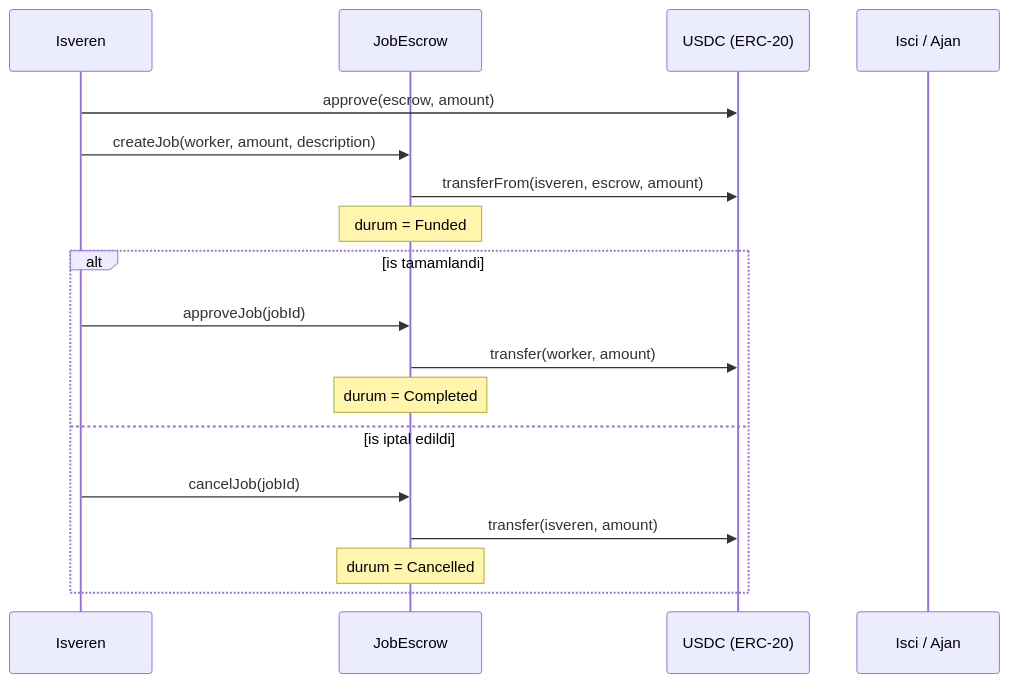
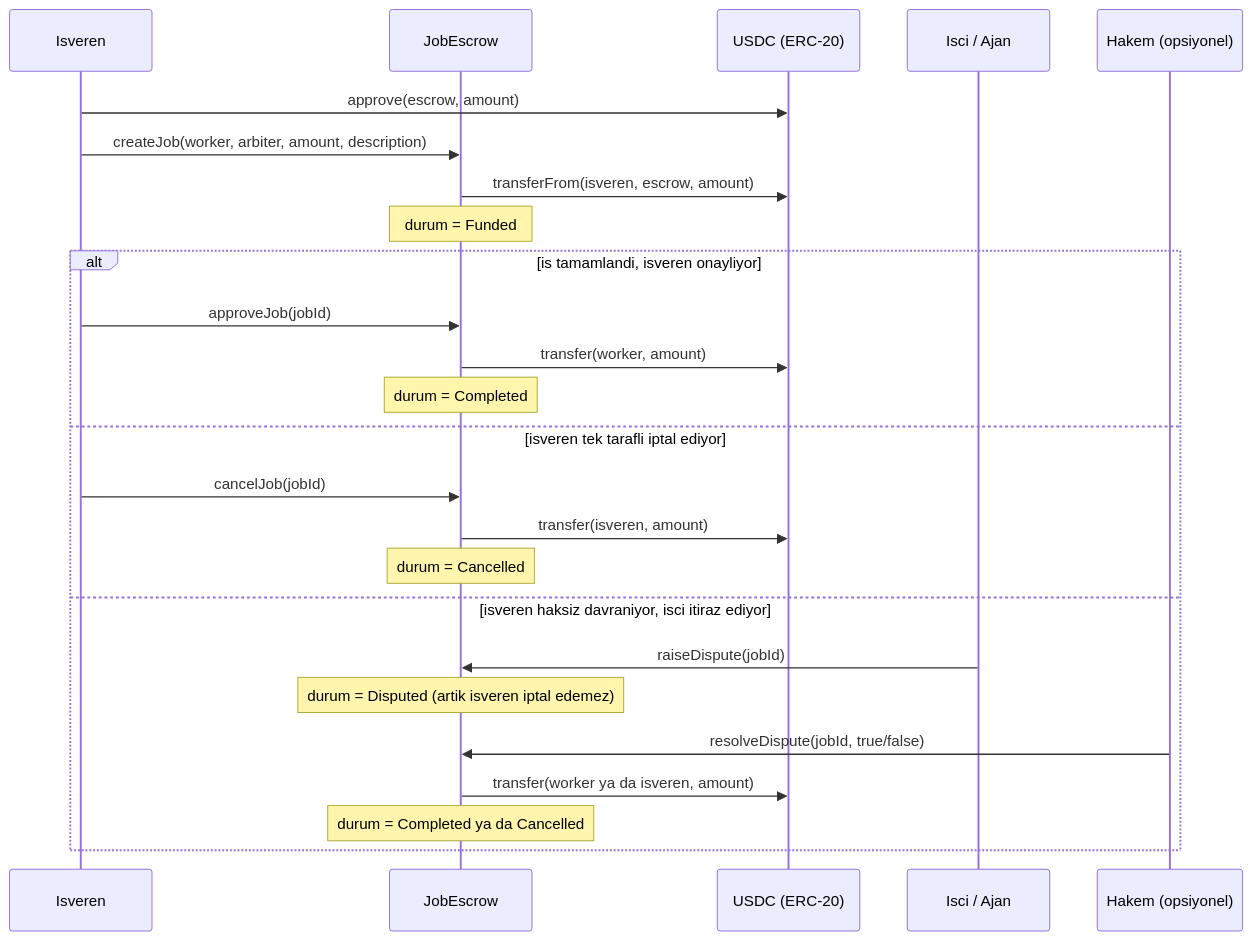
One commit to negroni334/arc-agent-escrow changed the second of 2 diagrams in README.md. Above: the diagram before and after it, drawn with Mermaid. The commit also changed other lines of this file and 8 other files, not shown here.

First line of the commit message:
Add dispute/arbiter mechanism to protect worker from bad-faith cancellation

````diff
--- a/README.md
+++ b/README.md
@@ -29,22 +35,29 @@
 ```mermaid
 sequenceDiagram
     participant E as Isveren
     participant C as JobEscrow
     participant U as USDC (ERC-20)
     participant W as Isci / Ajan
+    participant A as Hakem (opsiyonel)
 
     E->>U: approve(escrow, amount)
-    E->>C: createJob(worker, amount, description)
+    E->>C: createJob(worker, arbiter, amount, description)
     C->>U: transferFrom(isveren, escrow, amount)
     Note over C: durum = Funded
 
-    alt is tamamlandi
+    alt is tamamlandi, isveren onayliyor
         E->>C: approveJob(jobId)
         C->>U: transfer(worker, amount)
         Note over C: durum = Completed
-    else is iptal edildi
+    else isveren tek tarafli iptal ediyor
         E->>C: cancelJob(jobId)
         C->>U: transfer(isveren, amount)
         Note over C: durum = Cancelled
+    else isveren haksiz davraniyor, isci itiraz ediyor
+        W->>C: raiseDispute(jobId)
+        Note over C: durum = Disputed (artik isveren iptal edemez)
+        A->>C: resolveDispute(jobId, true/false)
+        C->>U: transfer(worker ya da isveren, amount)
+        Note over C: durum = Completed ya da Cancelled
     end
 ```
````
